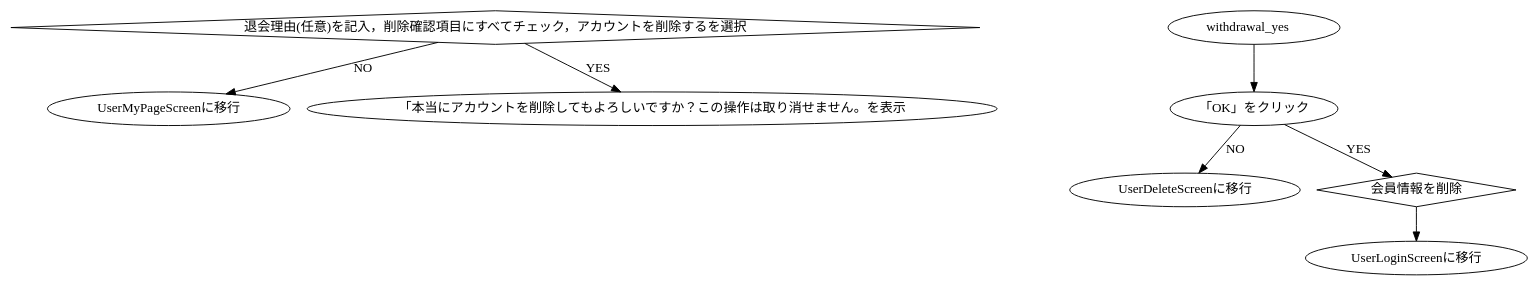
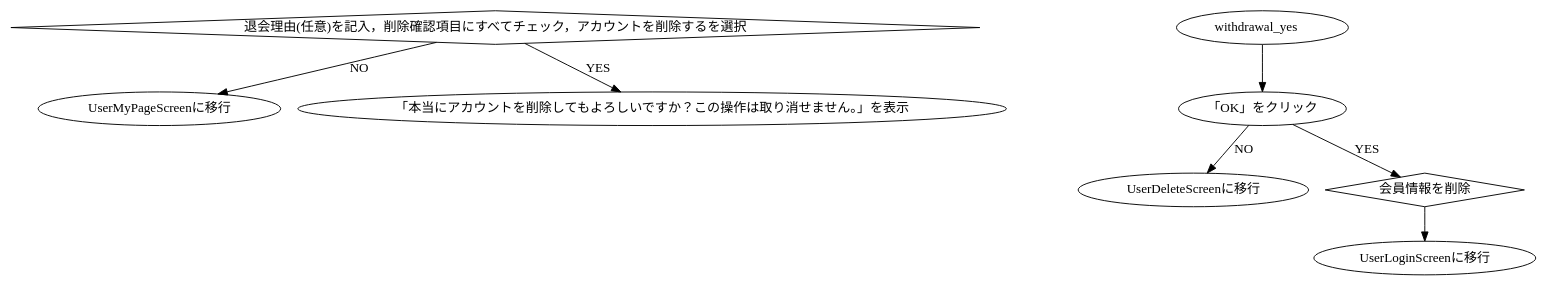
Before and after one commit to KUT-Group12/internal_design: the diagram in dot/marudemaru/UserDeleteInformation.dot, drawn with Graphviz. The commit also changed 26 other files, not shown here.

```diff
--- a/dot/marudemaru/UserDeleteInformation.dot
+++ b/dot/marudemaru/UserDeleteInformation.dot
@@ -1,18 +1,18 @@
 digraph G {
     #include "style.doth"
 
     input[label = "退会理由(任意)を記入，削除確認項目にすべてチェック，アカウントを削除するを選択", shape = diamond]
     withdrawal_no[label = "UserMyPageScreenに移行"]
-    withdrawal_yes[label = "「本当にアカウントを削除してもよろしいですか？この操作は取り消せません。を表示"]
+    withdrawal_yes[label = "「本当にアカウントを削除してもよろしいですか？この操作は取り消せません。」を表示"]
     ok[label = "「OK」をクリック"]
     confirmation_no[label = "UserDeleteScreenに移行"]
     confirmation_yes[label = "会員情報を削除", shape = diamond]
     login[label = "UserLoginScreenに移行"]
 
     input -> withdrawal_no[label = "NO"]
     input -> withdrawal_yes[label = "YES"]
     withdrawal_yes　-> ok
     ok -> confirmation_no[label = "NO"]
     ok -> confirmation_yes[label = "YES"]
     confirmation_yes -> login
 }
```
